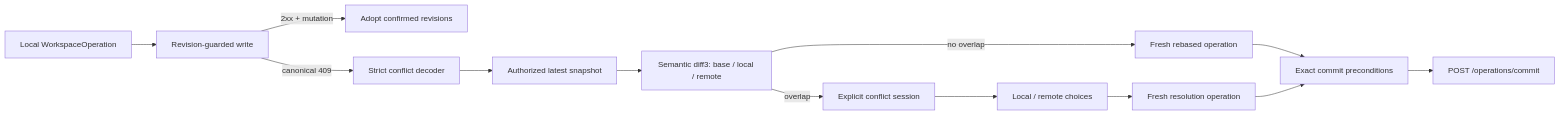
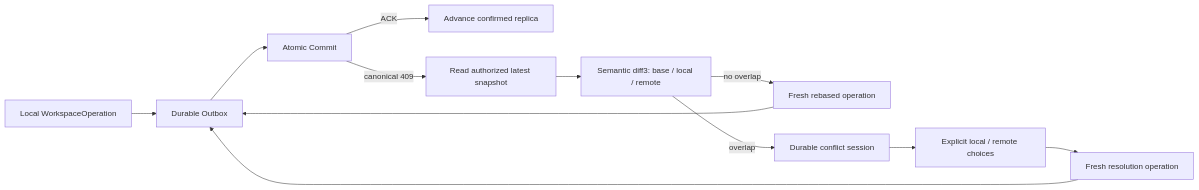
One commit to prodivix/prodivix changed the diagram in specs/decisions/07.workspace-sync.md. Above: the diagram before and after it, drawn with Mermaid. The commit also changed other lines of this file and 684 other files, not shown here.

````diff
--- a/specs/decisions/07.workspace-sync.md
+++ b/specs/decisions/07.workspace-sync.md
@@ -39,15 +25,14 @@
 ```mermaid
 flowchart LR
-    Local["Local WorkspaceOperation"] --> Write["Revision-guarded write"]
-    Write -->|"2xx + mutation"| Ack["Adopt confirmed revisions"]
-    Write -->|"canonical 409"| Decode["Strict conflict decoder"]
-    Decode --> Fetch["Authorized latest snapshot"]
+    Local["Local WorkspaceOperation"] --> Outbox["Durable Outbox"]
+    Outbox --> Commit["Atomic Commit"]
+    Commit -->|"ACK"| Replica["Advance confirmed replica"]
+    Commit -->|"canonical 409"| Fetch["Read authorized latest snapshot"]
     Fetch --> Diff3["Semantic diff3: base / local / remote"]
     Diff3 -->|"no overlap"| Rebase["Fresh rebased operation"]
-    Diff3 -->|"overlap"| Session["Explicit conflict session"]
-    Session --> Resolve["Local / remote choices"]
+    Diff3 -->|"overlap"| Session["Durable conflict session"]
+    Session --> Resolve["Explicit local / remote choices"]
     Resolve --> Fresh["Fresh resolution operation"]
-    Rebase --> Planner["Exact commit preconditions"]
-    Fresh --> Planner
-    Planner --> AtomicCommit["POST /operations/commit"]
+    Rebase --> Outbox
+    Fresh --> Outbox
 ```
````
